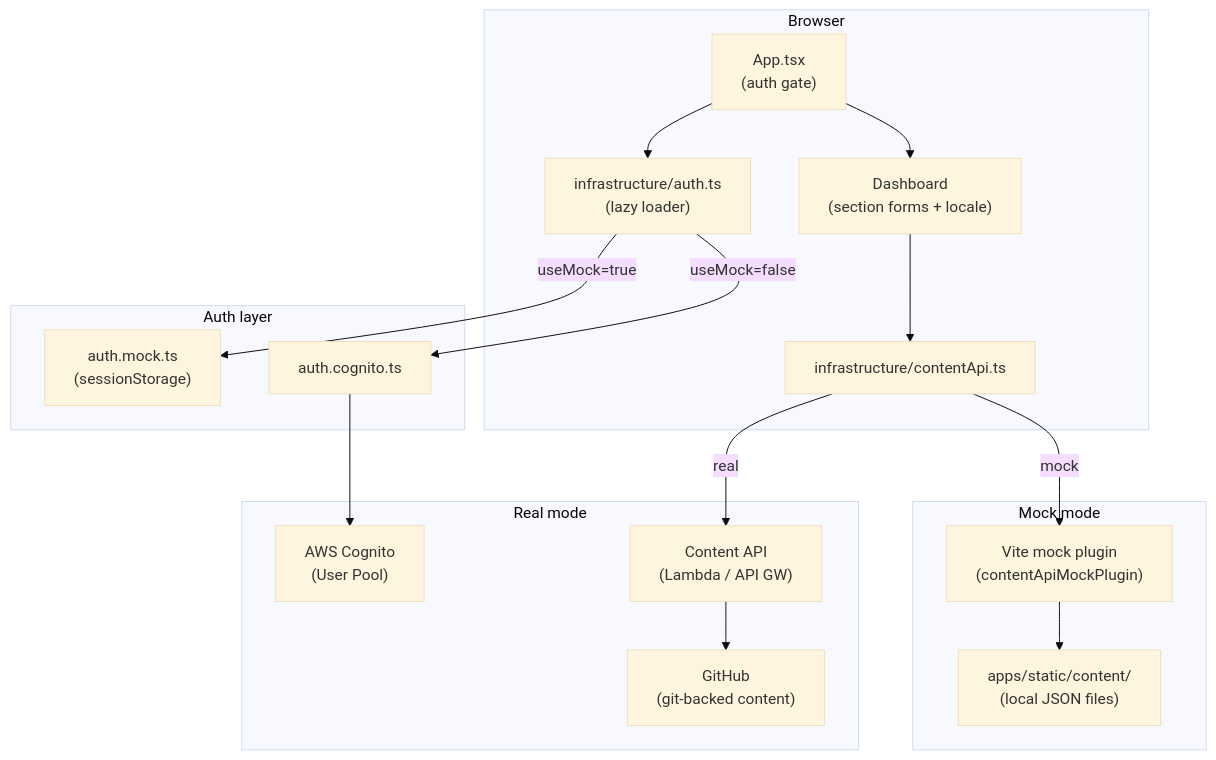
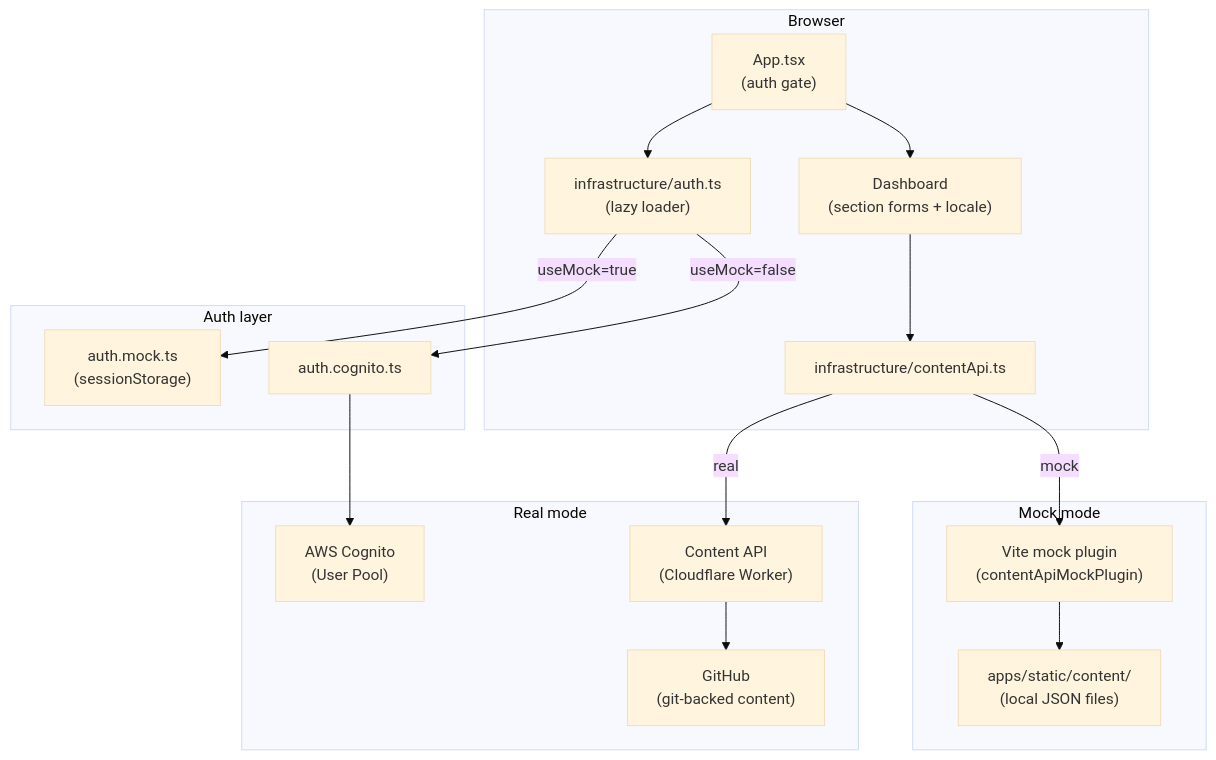
Before and after one commit to Bonae-Tech/bonae-tech: the first of 2 diagrams in apps/admin/README.md, drawn with Mermaid (base theme). The commit also changed other lines of this file and 62 other files, not shown here.

First line of the commit message:
Hybrid Cloudflare + AWS Cognito architecture (#58)

````diff
--- a/apps/admin/README.md
+++ b/apps/admin/README.md
@@ -56,36 +56,36 @@
 ```mermaid
 graph TD
     subgraph Browser
         App["App.tsx\n(auth gate)"]
         Dashboard["Dashboard\n(section forms + locale)"]
         Auth["infrastructure/auth.ts\n(lazy loader)"]
         API["infrastructure/contentApi.ts"]
     end
 
     subgraph "Auth layer"
         MockAuth["auth.mock.ts\n(sessionStorage)"]
         CognitoAuth["auth.cognito.ts"]
     end
 
     subgraph "Real mode"
         Cognito["AWS Cognito\n(User Pool)"]
-        ContentAPI["Content API\n(Lambda / API GW)"]
+        ContentAPI["Content API\n(Cloudflare Worker)"]
         GitHub["GitHub\n(git-backed content)"]
     end
 
     subgraph "Mock mode"
         VitePlugin["Vite mock plugin\n(contentApiMockPlugin)"]
         LocalDisk["apps/static/content/\n(local JSON files)"]
     end
 
     App --> Auth
     App --> Dashboard
     Dashboard --> API
     Auth -->|useMock=true| MockAuth
     Auth -->|useMock=false| CognitoAuth
     CognitoAuth --> Cognito
     API -->|real| ContentAPI
     ContentAPI --> GitHub
     API -->|mock| VitePlugin
     VitePlugin --> LocalDisk
 ```
````
